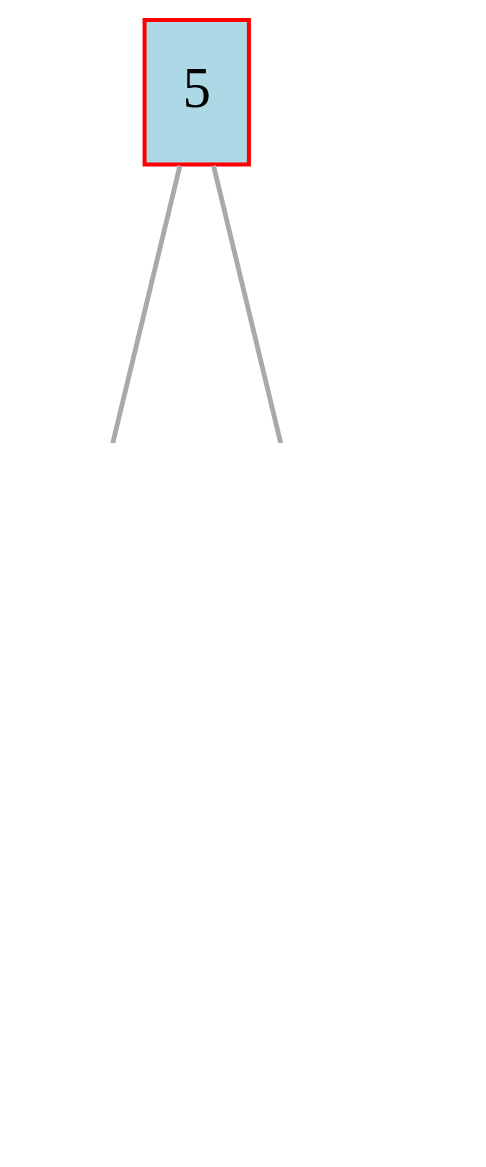
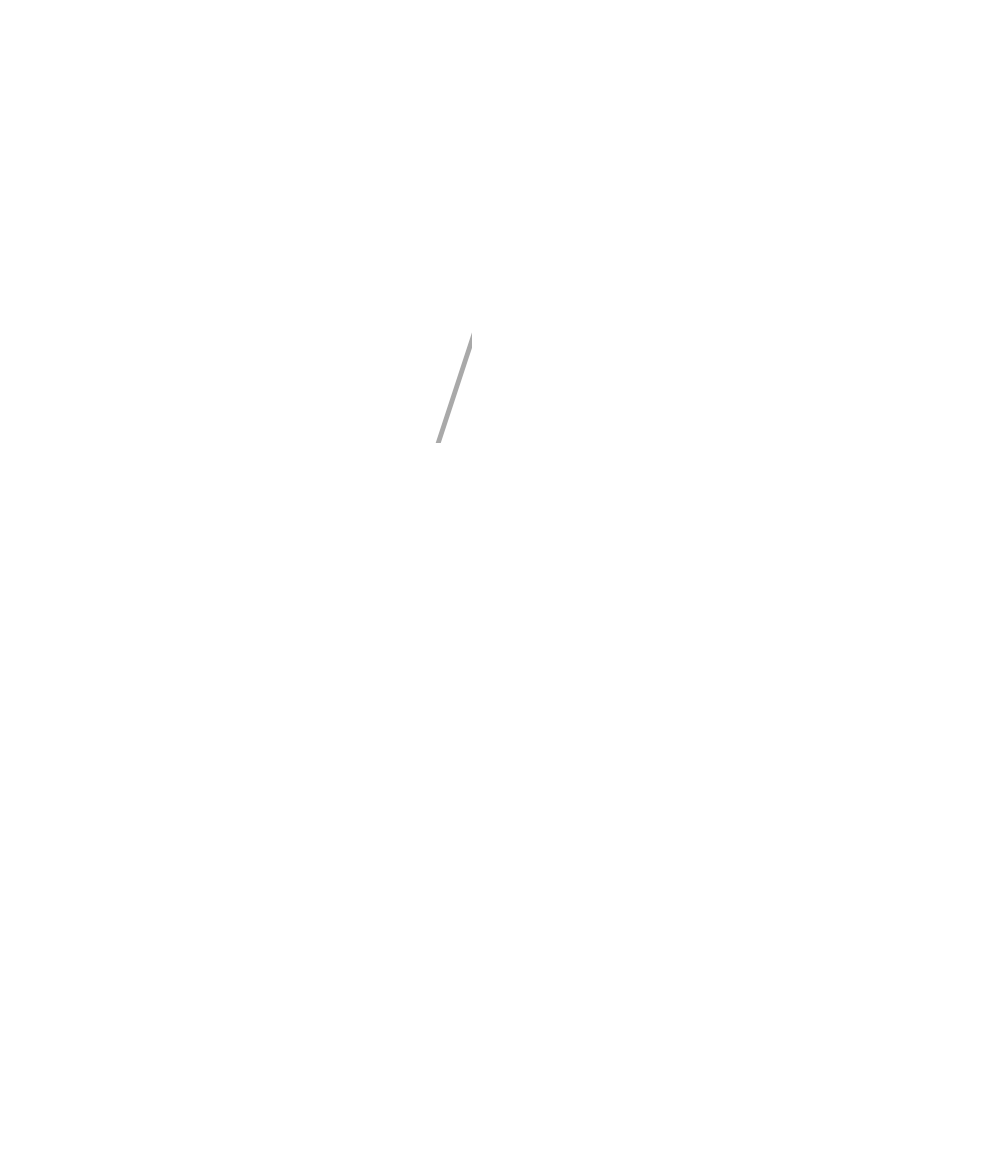
Before and after one commit to dodokek/Tree-Structure-Akinator: the diagram in data/graph.dot, drawn with Graphviz. The commit also changed 5 other files, not shown here.

```diff
--- a/data/graph.dot
+++ b/data/graph.dot
@@ -1,25 +1,31 @@
 
     digraph g {
         dpi      = 200;
         fontname = "Comic Sans MS";
         fontsize = 20;
         rankdir   =  TB;
         edge [color = darkgrey, arrowhead = onormal, arrowsize = 1, penwidth = 1.2]
         graph[fillcolor = lightgreen, ranksep = 1.3, nodesep = 0.5,
         style = "rounded, filled",color = green, penwidth = 2]
 
     Node5[shape=rectangle, color="red", width=0.2, style="filled",fillcolor="lightblue", label="5"] 
  
+Nodefucking[shape=rectangle, color="red", width=0.2, style="filled",fillcolor="lightblue", label="fucking"] 
+ 
+Nodecum[shape=rectangle, color="red", width=0.2, style="filled",fillcolor="lightblue", label="cum"] 
+ 
 Node2[shape=rectangle, color="red", width=0.2, style="filled",fillcolor="lightblue", label="2"] 
  
 Node8[shape=rectangle, color="red", width=0.2, style="filled",fillcolor="lightblue", label="8"] 
  
 Node6[shape=rectangle, color="red", width=0.2, style="filled",fillcolor="lightblue", label="6"] 
  
 Node10[shape=rectangle, color="red", width=0.2, style="filled",fillcolor="lightblue", label="10"] 
  
-Node5->Node2
+Node5->Nodefucking
+Nodefucking->Nodecum
+Nodefucking->Node2
 Node5->Node8
 Node8->Node6
 Node8->Node10
 }
```
